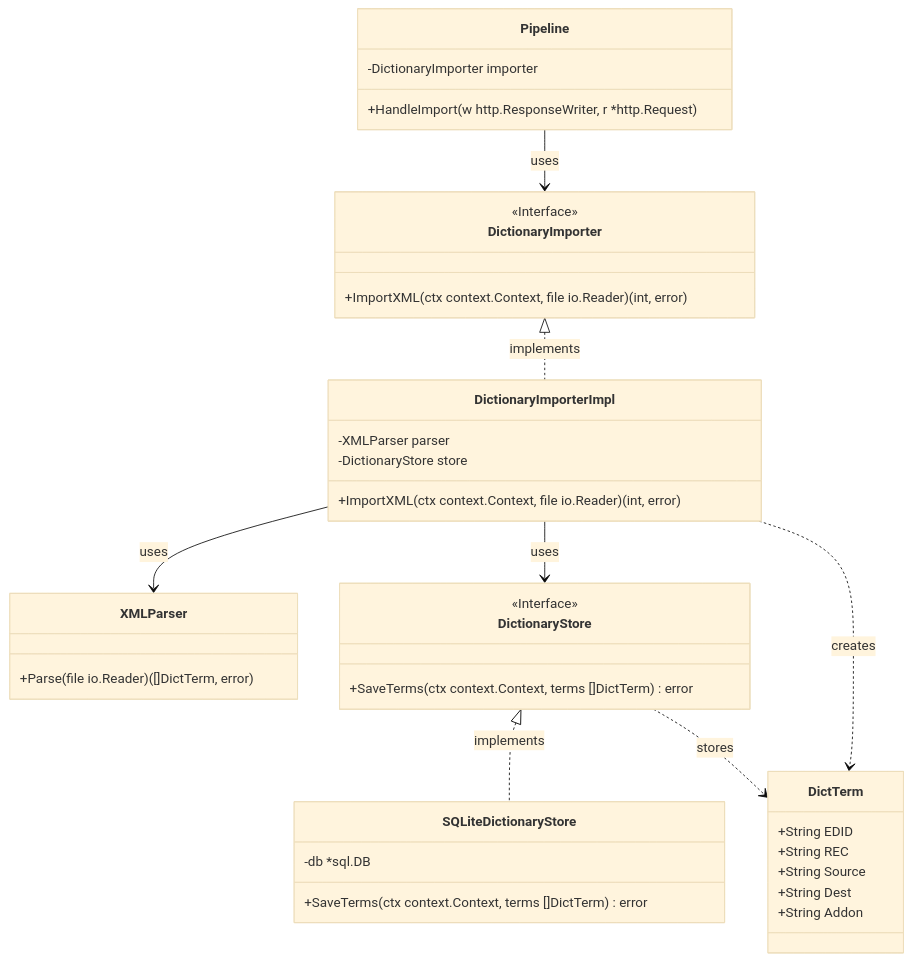
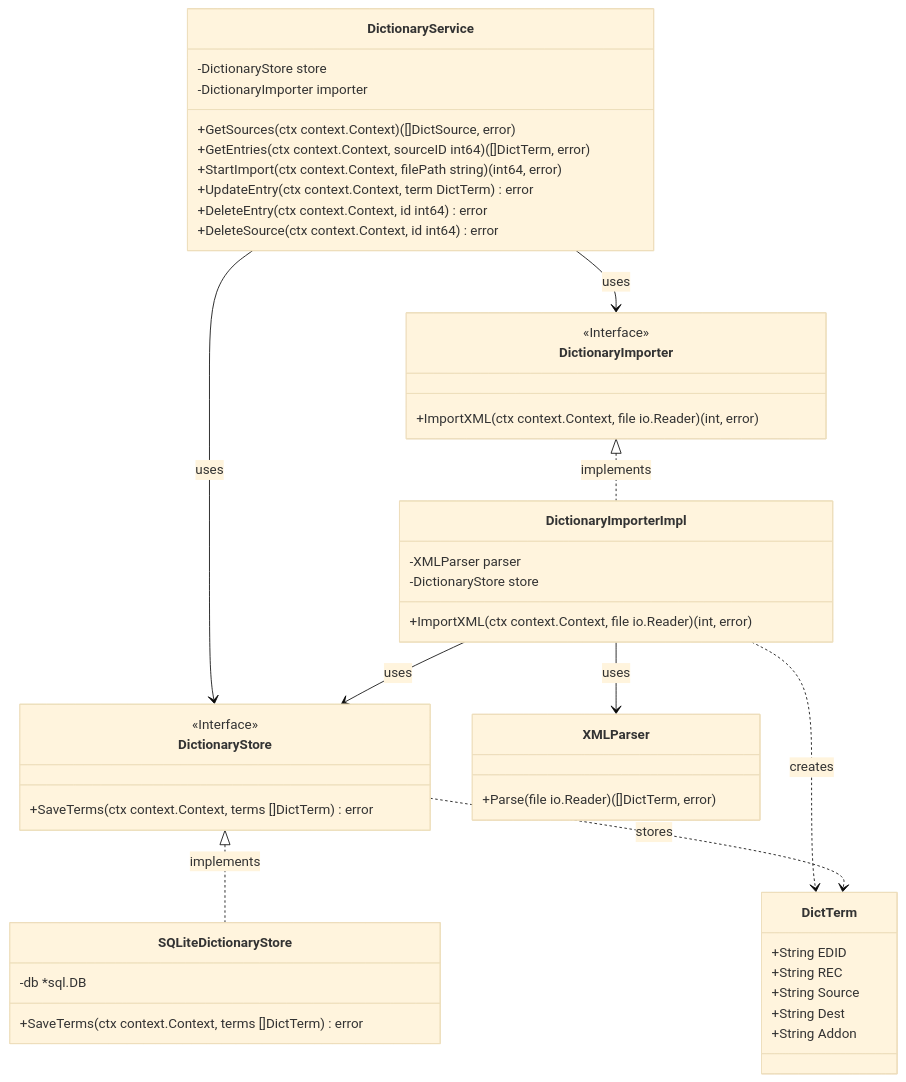
The diagram in specs/dictionary/dictionary_class_diagram.md (ishibata91/ai-translation-engine-2), drawn with Mermaid (base theme) before and after one commit. The commit also changed other lines of this file and 27 other files, not shown here.

Commit message:
feat: Implement dictionary management including XML import, data storage, and a new frontend data table component."

````diff
--- a/specs/dictionary/dictionary_class_diagram.md
+++ b/specs/dictionary/dictionary_class_diagram.md
@@ -3,48 +3,55 @@
 ```mermaid
 classDiagram
     class DictTerm {
         +String EDID
         +String REC
         +String Source
         +String Dest
         +String Addon
     }
 
     class DictionaryImporter {
         <<Interface>>
         +ImportXML(ctx context.Context, file io.Reader) (int, error)
     }
 
     class DictionaryStore {
         <<Interface>>
         +SaveTerms(ctx context.Context, terms []DictTerm) error
     }
 
-    class Pipeline {
+    class DictionaryService {
+        -DictionaryStore store
         -DictionaryImporter importer
-        +HandleImport(w http.ResponseWriter, r *http.Request)
+        +GetSources(ctx context.Context) ([]DictSource, error)
+        +GetEntries(ctx context.Context, sourceID int64) ([]DictTerm, error)
+        +StartImport(ctx context.Context, filePath string) (int64, error)
+        +UpdateEntry(ctx context.Context, term DictTerm) error
+        +DeleteEntry(ctx context.Context, id int64) error
+        +DeleteSource(ctx context.Context, id int64) error
     }
 
     class XMLParser {
         +Parse(file io.Reader) ([]DictTerm, error)
     }
 
     class SQLiteDictionaryStore {
         -db *sql.DB
         +SaveTerms(ctx context.Context, terms []DictTerm) error
     }
 
     class DictionaryImporterImpl {
         -XMLParser parser
         -DictionaryStore store
         +ImportXML(ctx context.Context, file io.Reader) (int, error)
     }
 
-    Pipeline --> DictionaryImporter : uses
+    DictionaryService --> DictionaryImporter : uses
+    DictionaryService --> DictionaryStore : uses
     DictionaryImporter <|.. DictionaryImporterImpl : implements
     DictionaryImporterImpl --> XMLParser : uses
     DictionaryImporterImpl --> DictionaryStore : uses
     DictionaryStore <|.. SQLiteDictionaryStore : implements
     DictionaryImporterImpl ..> DictTerm : creates
     DictionaryStore ..> DictTerm : stores
 ```
````
